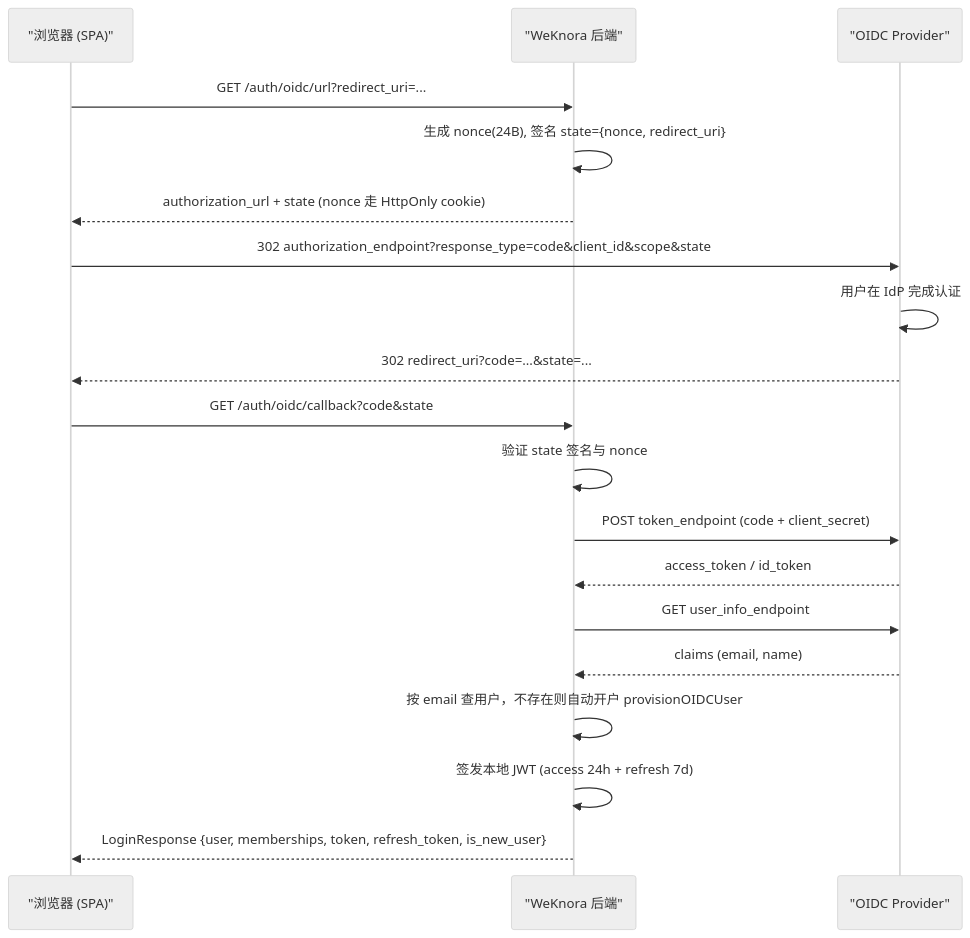
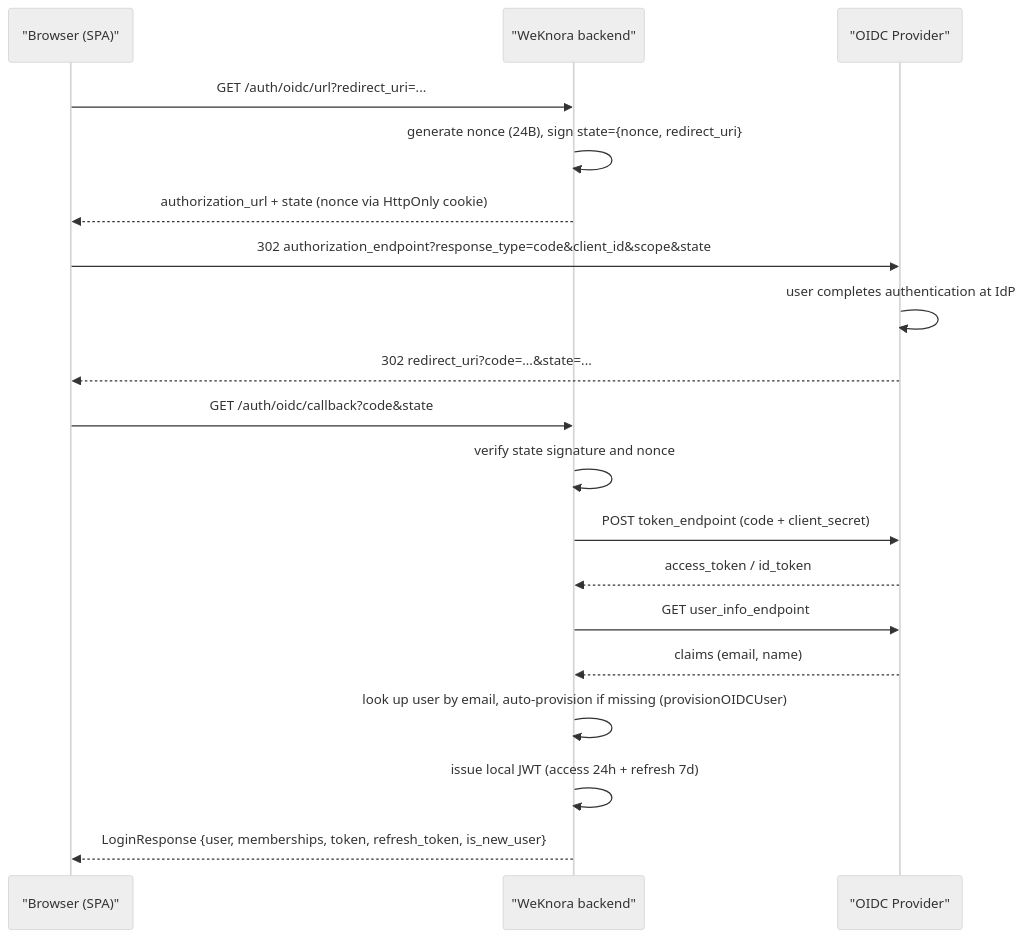
One commit to quantmind-br/WeKnora changed the second of 3 diagrams in website-docs/03-features/01-tenant-auth.md. Above: the diagram before and after it, drawn with Mermaid (neutral theme). The commit also changed other lines of this file and 27 other files, not shown here.

First line of the commit message:
i18n: translate remaining docs diagrams, anchors, code samples and API examples

````diff
--- a/website-docs/03-features/01-tenant-auth.md
+++ b/website-docs/03-features/01-tenant-auth.md
@@ -424,21 +424,21 @@
 ```mermaid
 sequenceDiagram
-    participant B as "浏览器 (SPA)"
-    participant W as "WeKnora 后端"
+    participant B as "Browser (SPA)"
+    participant W as "WeKnora backend"
     participant IdP as "OIDC Provider"
     B->>W: GET /auth/oidc/url?redirect_uri=...
-    W->>W: 生成 nonce(24B), 签名 state={nonce, redirect_uri}
-    W-->>B: authorization_url + state (nonce 走 HttpOnly cookie)
+    W->>W: generate nonce (24B), sign state={nonce, redirect_uri}
+    W-->>B: authorization_url + state (nonce via HttpOnly cookie)
     B->>IdP: 302 authorization_endpoint?response_type=code&client_id&scope&state
-    IdP->>IdP: 用户在 IdP 完成认证
+    IdP->>IdP: user completes authentication at IdP
     IdP-->>B: 302 redirect_uri?code=...&state=...
     B->>W: GET /auth/oidc/callback?code&state
-    W->>W: 验证 state 签名与 nonce
+    W->>W: verify state signature and nonce
     W->>IdP: POST token_endpoint (code + client_secret)
     IdP-->>W: access_token / id_token
     W->>IdP: GET user_info_endpoint
     IdP-->>W: claims (email, name)
-    W->>W: 按 email 查用户，不存在则自动开户 provisionOIDCUser
-    W->>W: 签发本地 JWT (access 24h + refresh 7d)
+    W->>W: look up user by email, auto-provision if missing (provisionOIDCUser)
+    W->>W: issue local JWT (access 24h + refresh 7d)
     W-->>B: LoginResponse {user, memberships, token, refresh_token, is_new_user}
 ```
````
